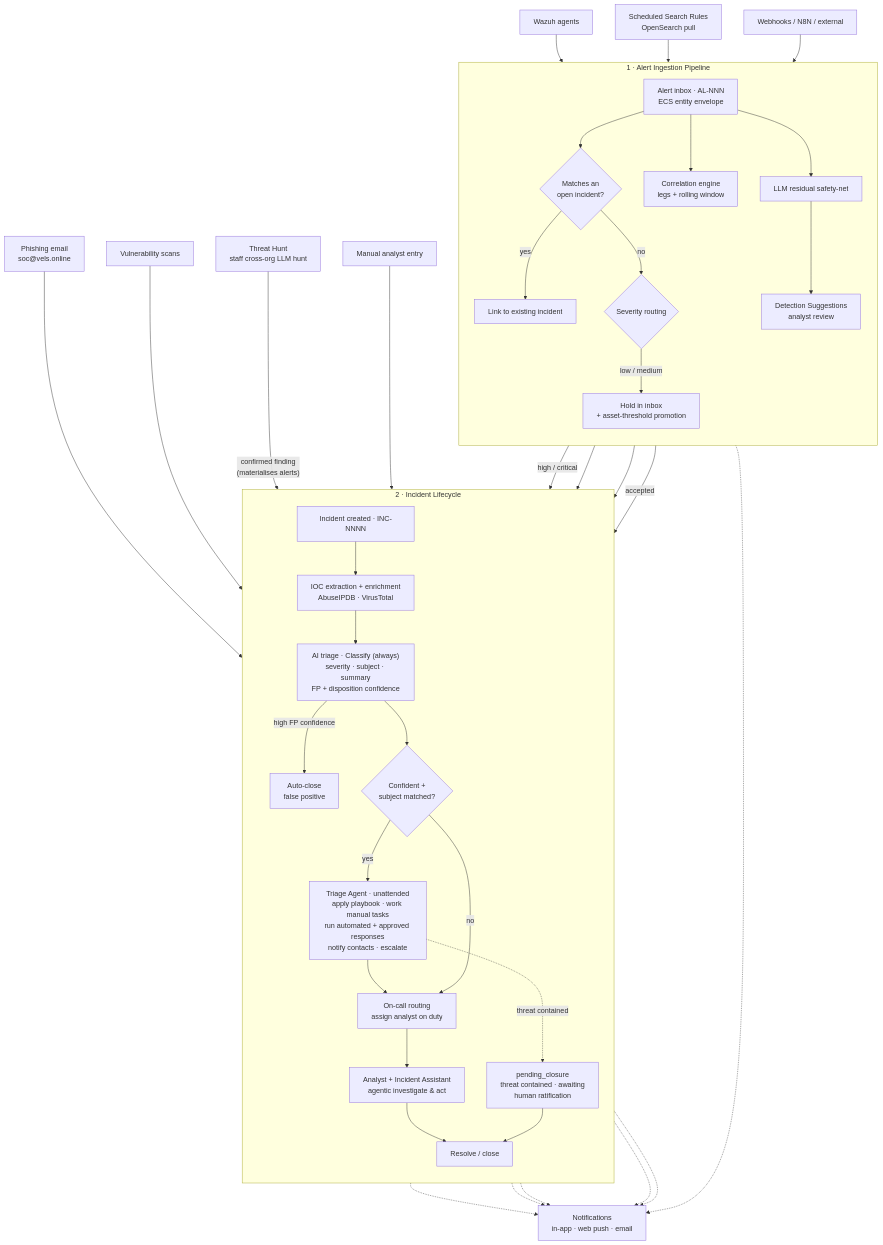
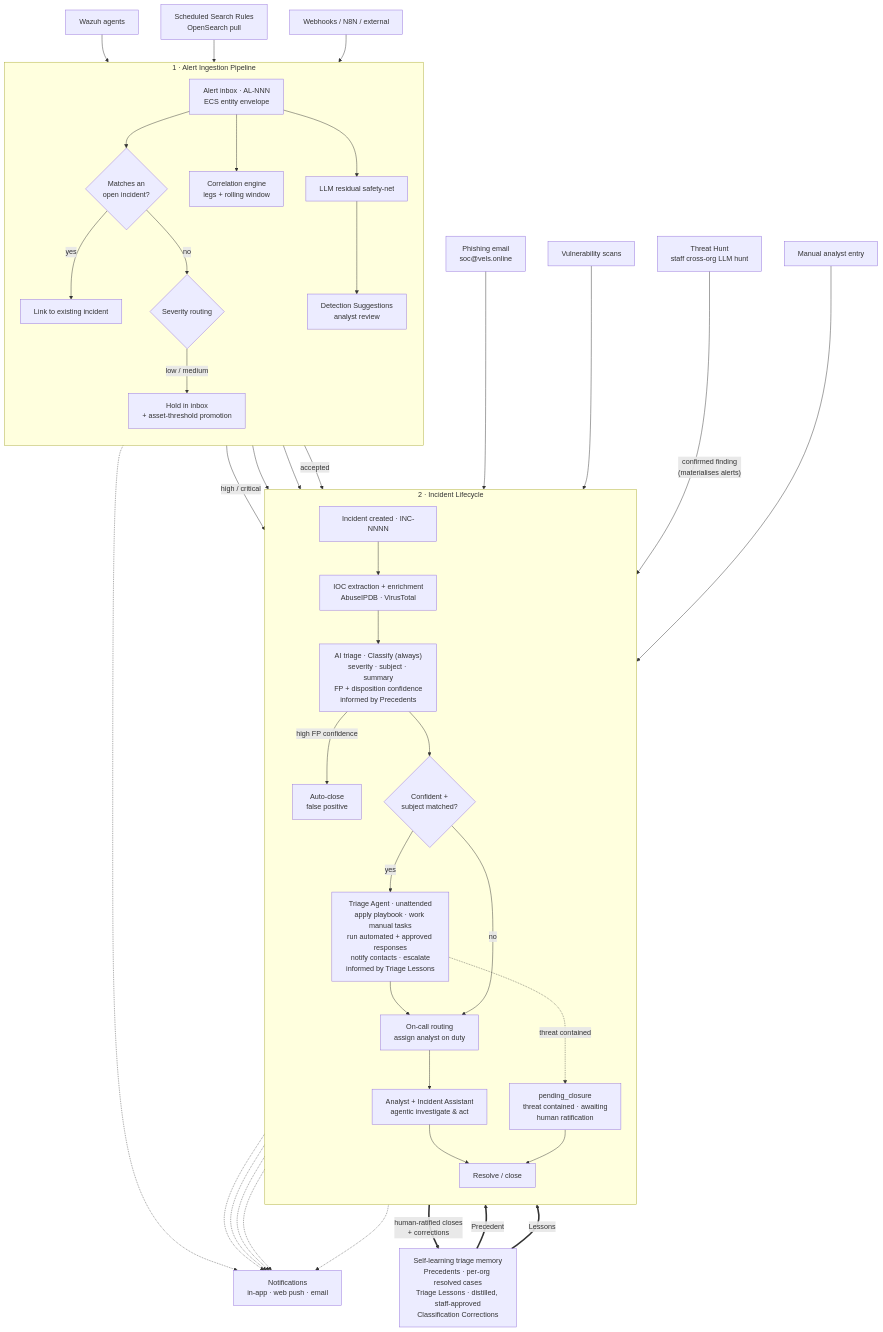
Before and after one commit to ReyhZhao/Vels.online: the diagram in docs/architecture.md, drawn with Mermaid. The commit also changed other lines of this file and 3 other files, not shown here.

First line of the commit message:
docs: document self-learning triage across README, architecture, and feature docs

````diff
--- a/docs/architecture.md
+++ b/docs/architecture.md
@@ -48,10 +48,10 @@
         direction TB
         INC["Incident created · INC-NNNN"]
         IOC["IOC extraction + enrichment<br/>AbuseIPDB · VirusTotal"]
-        CLASSIFY["AI triage · Classify (always)<br/>severity · subject · summary<br/>FP + disposition confidence"]
+        CLASSIFY["AI triage · Classify (always)<br/>severity · subject · summary<br/>FP + disposition confidence<br/>informed by Precedents"]
         FPCLOSE["Auto-close<br/>false positive"]
         GATE{"Confident +<br/>subject matched?"}
-        AGENT["Triage Agent · unattended<br/>apply playbook · work manual tasks<br/>run automated + approved responses<br/>notify contacts · escalate"]
+        AGENT["Triage Agent · unattended<br/>apply playbook · work manual tasks<br/>run automated + approved responses<br/>notify contacts · escalate<br/>informed by Triage Lessons"]
         ONCALL["On-call routing<br/>assign analyst on duty"]
         WORK["Analyst + Incident Assistant<br/>agentic investigate & act"]
         PEND["pending_closure<br/>threat contained · awaiting<br/>human ratification"]
@@ -84,4 +84,10 @@
     ONCALL -.-> NOTIFY
     WORK -.-> NOTIFY
     CLOSE -.-> NOTIFY
+
+    %% ---- Self-learning triage memory ----
+    LEARN["Self-learning triage memory<br/>Precedents · per-org resolved cases<br/>Triage Lessons · distilled, staff-approved<br/>Classification Corrections"]
+    CLOSE ==>|"human-ratified closes<br/>+ corrections"| LEARN
+    LEARN ==>|"Precedent"| CLASSIFY
+    LEARN ==>|"Lessons"| AGENT
 ```
````
